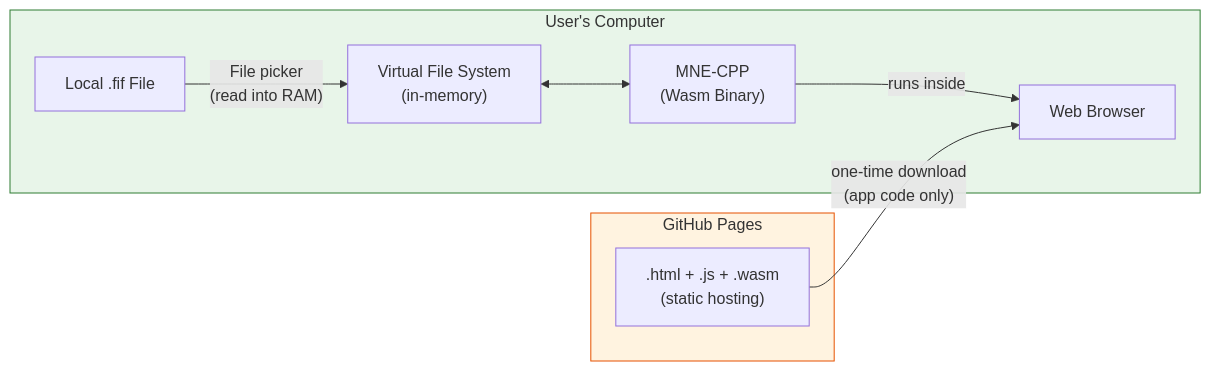
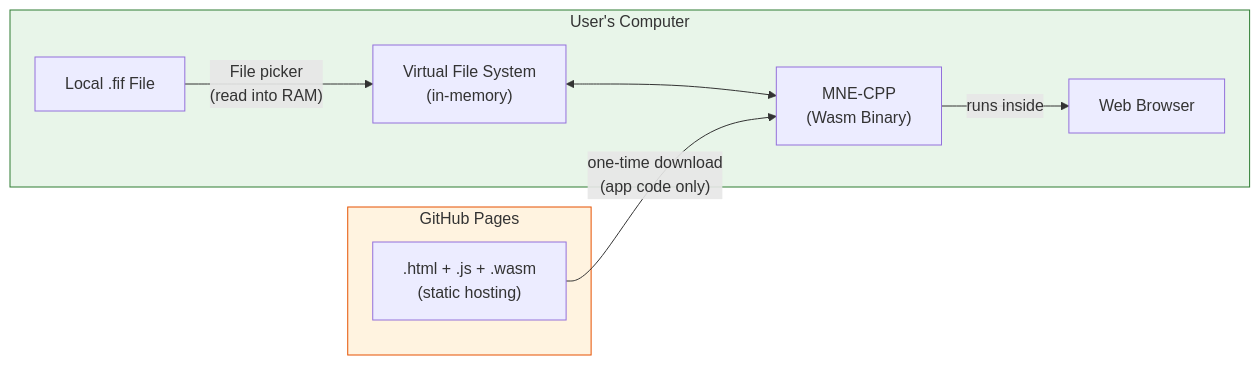
The diagram in doc/website/docs/manual/online.mdx (mne-tools/mne-cpp), drawn with Mermaid before and after one commit. The commit also changed other lines of this file and 4 other files, not shown here.

````diff
--- a/doc/website/docs/manual/online.mdx
+++ b/doc/website/docs/manual/online.mdx
@@ -151,22 +125,22 @@
 ```mermaid
 flowchart LR
     subgraph User_Machine["User's Computer"]
         Browser["Web Browser"]
         Wasm["MNE-CPP<br/>(Wasm Binary)"]
         VFS["Virtual File System<br/>(in-memory)"]
         LocalFile["Local .fif File"]
 
         LocalFile -- "File picker<br/>(read into RAM)" --> VFS
         VFS <--> Wasm
         Wasm -- "runs inside" --> Browser
     end
 
     subgraph Server["GitHub Pages"]
         Static[".html + .js + .wasm<br/>(static hosting)"]
     end
 
-    Static -- "one-time download<br/>(app code only)" --> Browser
+    Static -- "one-time download<br/>(app code only)" --> Wasm
 
     style User_Machine fill:#e8f5e9,stroke:#2e7d32
     style Server fill:#fff3e0,stroke:#e65100
 ```
````
